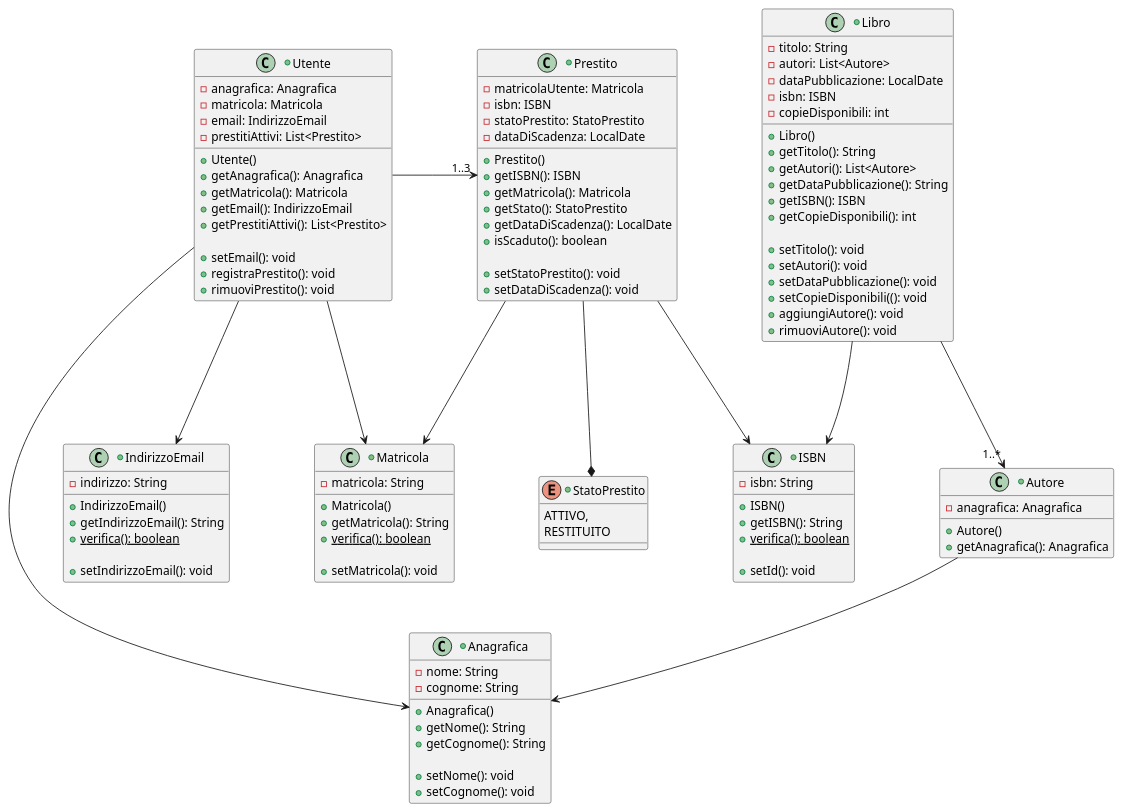
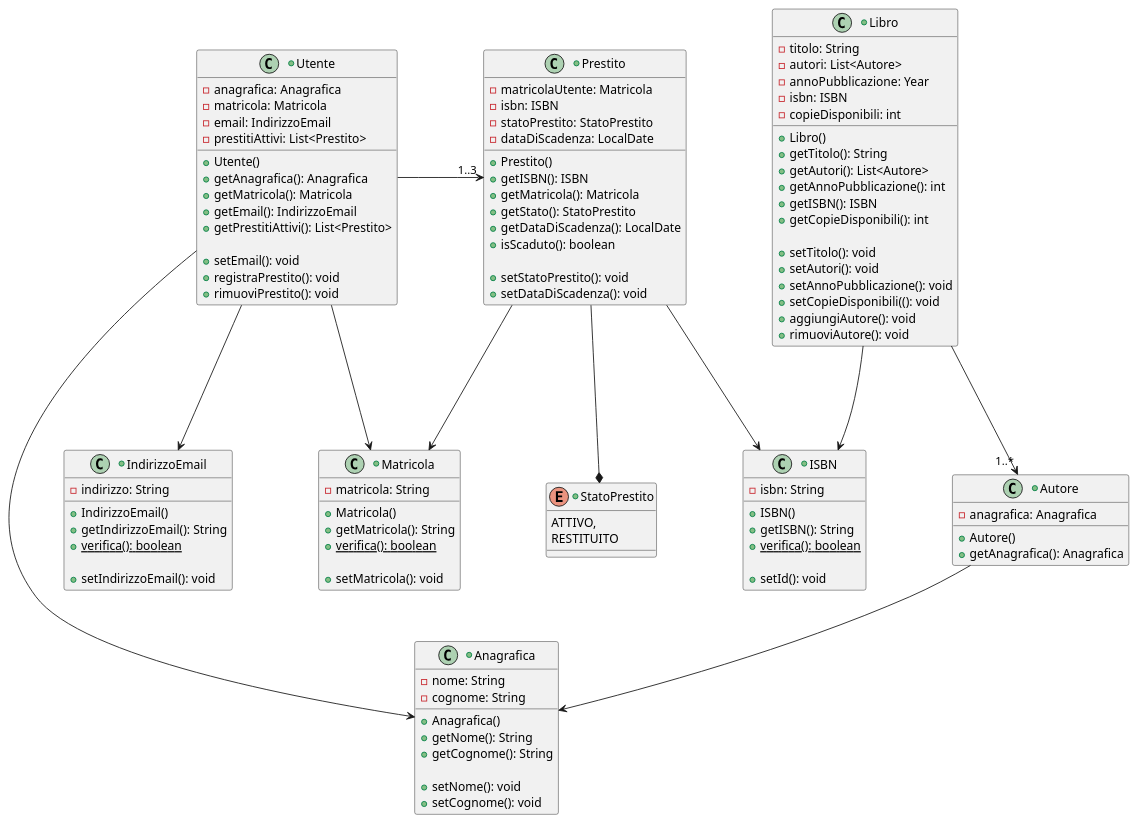
One commit to Meziu/easylibrary changed the diagram in docs/uml/classesDati.puml. Above: the diagram before and after it, drawn with PlantUML. The commit also changed 7 other files, not shown here.

```diff
--- a/docs/uml/classesDati.puml
+++ b/docs/uml/classesDati.puml
@@ -1,131 +1,131 @@
 @startuml
-'skinparam classAttributeIconSize 0
 skinparam nodesep 100
+scale 1400*1400
 
 +class Anagrafica {
     -nome: String
     -cognome: String
 
     +Anagrafica()
     +getNome(): String
     +getCognome(): String
 
     +setNome(): void
     +setCognome(): void
 }
 
 together {
     +class Utente {
         -anagrafica: Anagrafica
         -matricola: Matricola
         -email: IndirizzoEmail
         -prestitiAttivi: List<Prestito>
 
         +Utente()
         +getAnagrafica(): Anagrafica
         +getMatricola(): Matricola
         +getEmail(): IndirizzoEmail
         +getPrestitiAttivi(): List<Prestito>
 
         +setEmail(): void
         +registraPrestito(): void
         +rimuoviPrestito(): void
     }
 
     +class Libro{
         -titolo: String
         -autori: List<Autore>
-        -dataPubblicazione: LocalDate
+        -annoPubblicazione: Year
         -isbn: ISBN
         -copieDisponibili: int
 
         +Libro()
         +getTitolo(): String
         +getAutori(): List<Autore>
-        +getDataPubblicazione(): String
+        +getAnnoPubblicazione(): int
         +getISBN(): ISBN
         +getCopieDisponibili(): int
 
         +setTitolo(): void
         +setAutori(): void
-        +setDataPubblicazione(): void
+        +setAnnoPubblicazione(): void
         +setCopieDisponibili((): void
         +aggiungiAutore(): void
         +rimuoviAutore(): void
     }
 
     +class Prestito{
         -matricolaUtente: Matricola
         -isbn: ISBN
         -statoPrestito: StatoPrestito
         -dataDiScadenza: LocalDate
 
         +Prestito()
         +getISBN(): ISBN
         +getMatricola(): Matricola
         +getStato(): StatoPrestito
         +getDataDiScadenza(): LocalDate
         +isScaduto(): boolean
 
         +setStatoPrestito(): void
         +setDataDiScadenza(): void
     }
 }
 
 together {
     +class Matricola {
         -matricola: String
 
         +Matricola()
         +getMatricola(): String
         +verifica(): boolean {static}
 
         +setMatricola(): void
     }
 
 
     +class IndirizzoEmail {
         -indirizzo: String
 
         +IndirizzoEmail()
         +getIndirizzoEmail(): String
         +verifica(): boolean {static}
 
         +setIndirizzoEmail(): void
     }
 
     +class ISBN {
         -isbn: String
 
         +ISBN()
         +getISBN(): String
         +verifica(): boolean {static}
 
         +setId(): void
     }
 
     +enum StatoPrestito{
         ATTIVO,
         RESTITUITO
     }
 
     +class Autore {
         -anagrafica: Anagrafica
 
         +Autore()
         +getAnagrafica(): Anagrafica
     }
 }
 
 Utente -right-> "1..3" Prestito
 Utente --> Matricola
 Utente ---> IndirizzoEmail
 Libro ---> "1..*" Autore
 Libro --> ISBN
 Prestito --> Matricola
 Prestito --> ISBN
 Prestito --* StatoPrestito
 
 Autore --> Anagrafica
 Utente -down-> Anagrafica
 @enduml
```
